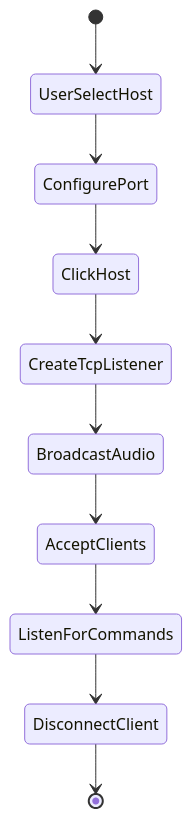
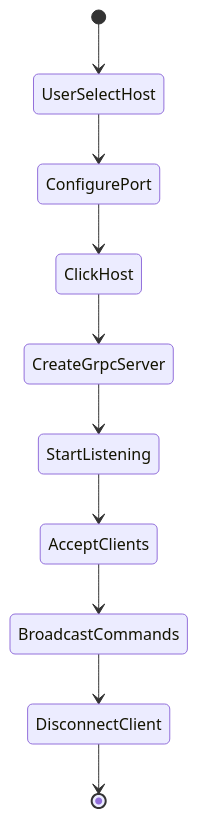
Before and after one commit to Dinand01/MusicPlayer: the sixth of 13 diagrams in docs/HOW-IT-WORKS.md, drawn with Mermaid. The commit also changed other lines of this file and 30 other files, not shown here.

````diff
--- a/docs/HOW-IT-WORKS.md
+++ b/docs/HOW-IT-WORKS.md
@@ -209,12 +216,12 @@
 ```mermaid
 stateDiagram-v2
     [*] --> UserSelectHost
     UserSelectHost --> ConfigurePort
     ConfigurePort --> ClickHost
-    ClickHost --> CreateTcpListener
-    CreateTcpListener --> BroadcastAudio
-    BroadcastAudio --> AcceptClients
-    AcceptClients --> ListenForCommands
-    ListenForCommands --> DisconnectClient
+    ClickHost --> CreateGrpcServer
+    CreateGrpcServer --> StartListening
+    StartListening --> AcceptClients
+    AcceptClients --> BroadcastCommands
+    BroadcastCommands --> DisconnectClient
     DisconnectClient --> [*]
 ```
````
